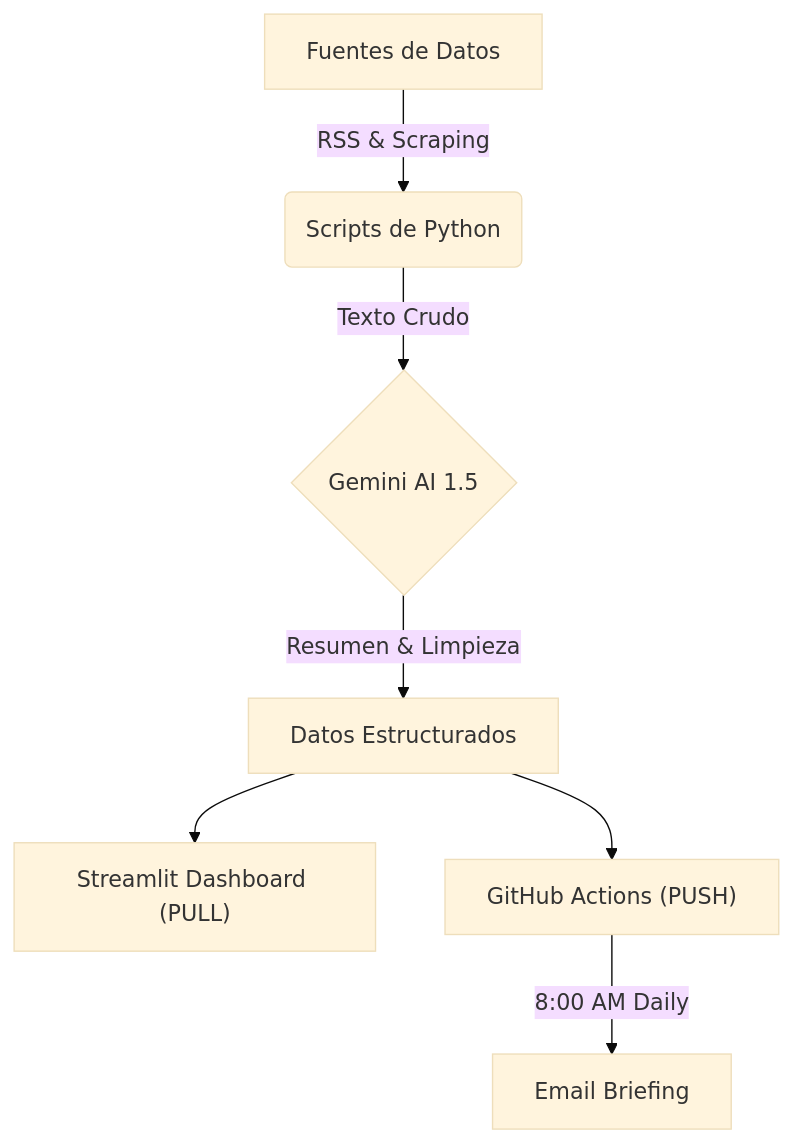
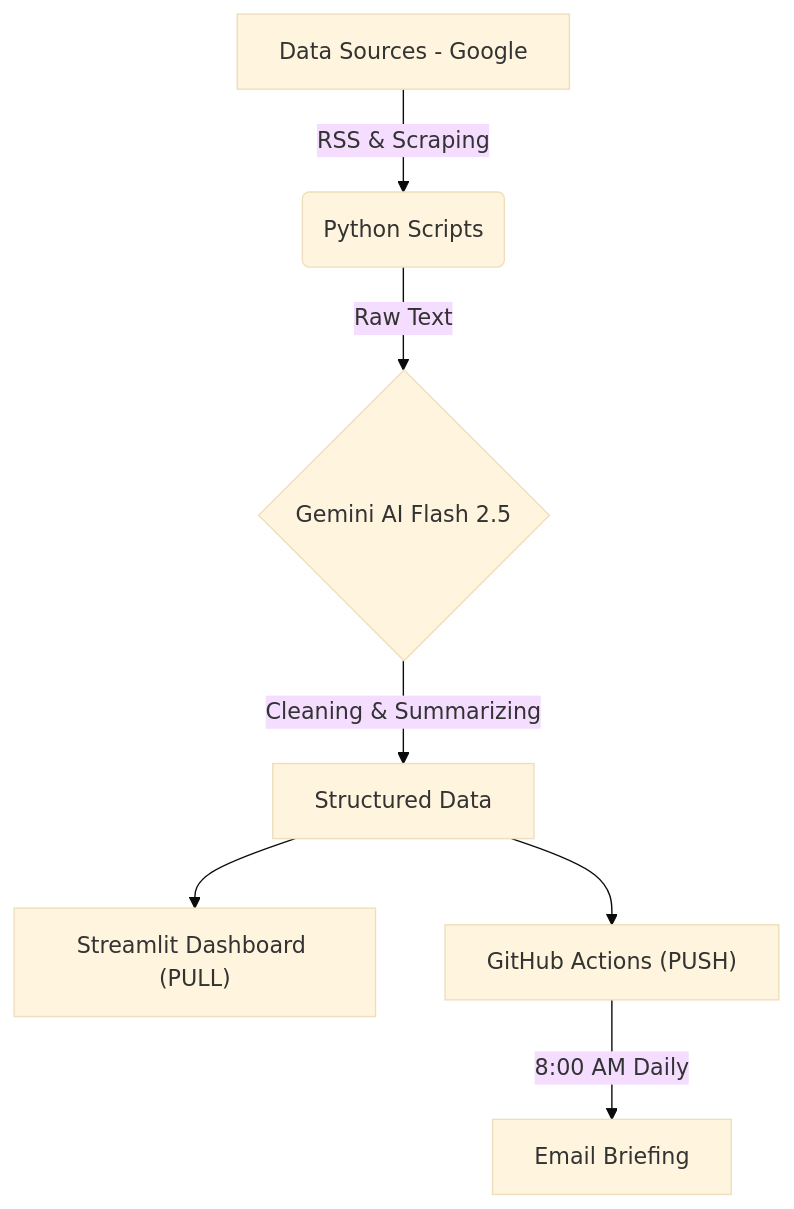
Before and after one commit to ivanmorales22/eco-and-rebano-tracker: the diagram in README.md, drawn with Mermaid (base theme).

Commit message:
feat: language fixes on README

````diff
--- a/README.md
+++ b/README.md
@@ -83,9 +83,9 @@
 ```mermaid
 graph TD
-    A[Fuentes de Datos] -->|RSS & Scraping| B(Scripts de Python)
-    B -->|Texto Crudo| C{Gemini AI 1.5}
-    C -->|Resumen & Limpieza| D[Datos Estructurados]
+    A[Data Sources - Google] -->|RSS & Scraping| B(Python Scripts )
+    B -->|Raw Text| C{Gemini AI Flash 2.5}
+    C -->|Cleaning & Summarizing| D[Structured Data]
     D --> E["Streamlit Dashboard (PULL)"]
     D --> F["GitHub Actions (PUSH)"]
     F -->|8:00 AM Daily| G[Email Briefing]
 ```
````
